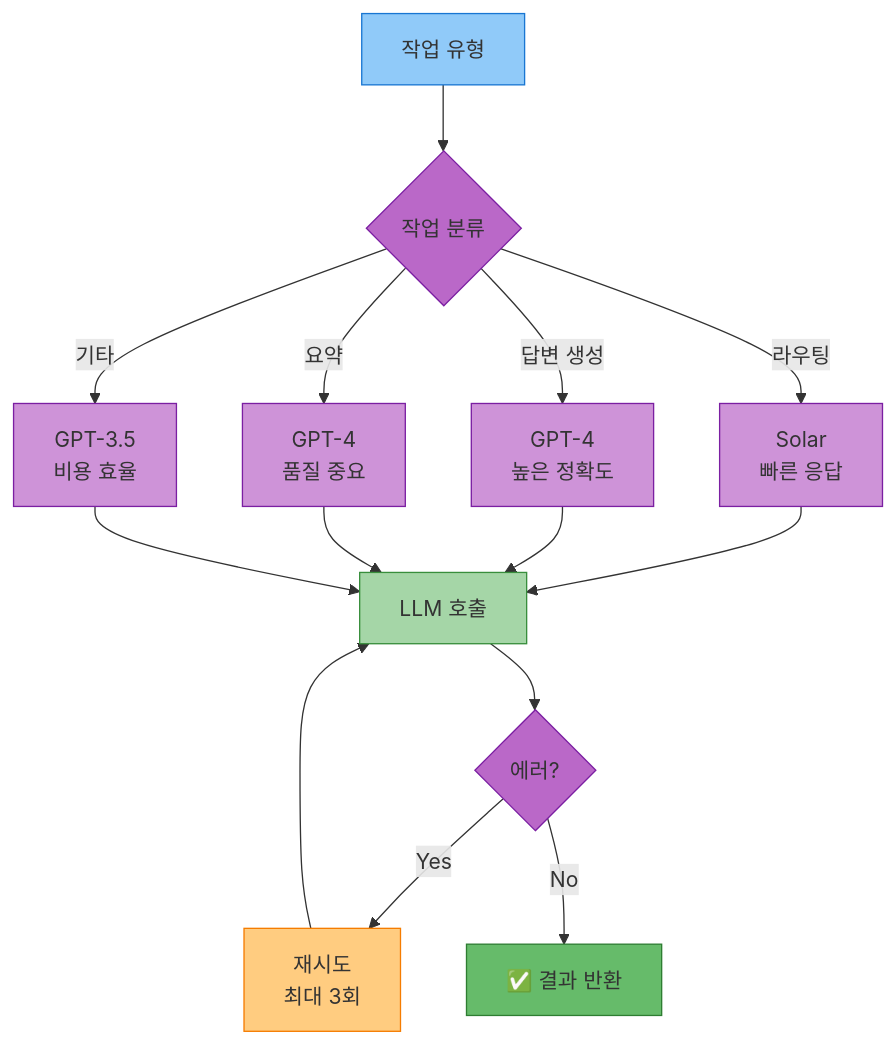
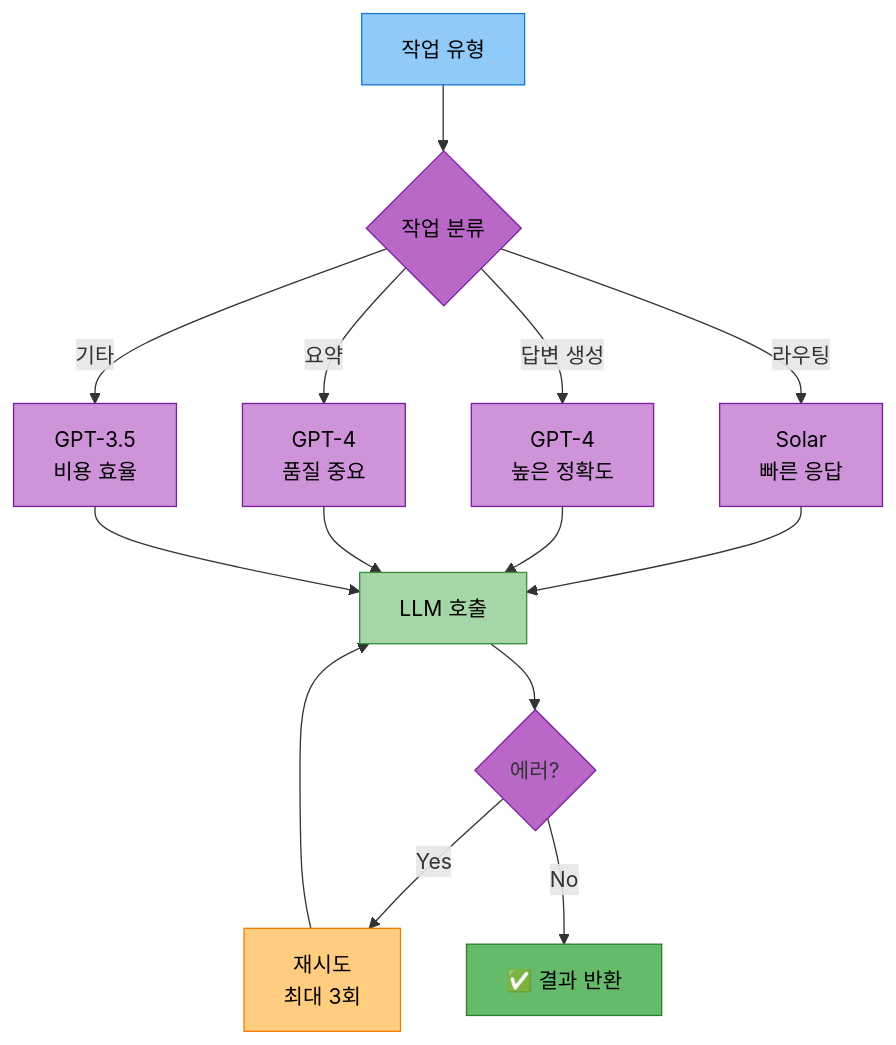
One commit to woghd8503/langchainproject-new-langchainproject_5 changed the second of 3 diagrams in docs/roles/담당역할_01_최현화_AI_Agent_메인.md. Above: the diagram before and after it, drawn with Mermaid. The commit also changed other lines of this file and 3 other files, not shown here.

First line of the commit message:
docs: 역할 문서의 mermaid 다이어그램 텍스트 색상을 검정으로 통일

````diff
--- a/docs/roles/담당역할_01_최현화_AI_Agent_메인.md
+++ b/docs/roles/담당역할_01_최현화_AI_Agent_메인.md
@@ -323,30 +339,30 @@
 ```mermaid
 graph TB
     A[작업 유형] --> B{작업 분류}
 
     B -->|라우팅| C[Solar<br/>빠른 응답]
     B -->|답변 생성| D[GPT-4<br/>높은 정확도]
     B -->|요약| E[GPT-4<br/>품질 중요]
     B -->|기타| F[GPT-3.5<br/>비용 효율]
 
     C --> G[LLM 호출]
     D --> G
     E --> G
     F --> G
 
     G --> H{에러?}
     H -->|Yes| I[재시도<br/>최대 3회]
     H -->|No| J[✅ 결과 반환]
     I --> G
 
-    style A fill:#90caf9,stroke:#1976d2
-    style B fill:#ba68c8,stroke:#7b1fa2
-    style C fill:#ce93d8,stroke:#7b1fa2
-    style D fill:#ce93d8,stroke:#7b1fa2
-    style E fill:#ce93d8,stroke:#7b1fa2
-    style F fill:#ce93d8,stroke:#7b1fa2
-    style G fill:#a5d6a7,stroke:#388e3c
+    style A fill:#90caf9,stroke:#1976d2,color:#000
+    style B fill:#ba68c8,stroke:#7b1fa2,color:#000
+    style C fill:#ce93d8,stroke:#7b1fa2,color:#000
+    style D fill:#ce93d8,stroke:#7b1fa2,color:#000
+    style E fill:#ce93d8,stroke:#7b1fa2,color:#000
+    style F fill:#ce93d8,stroke:#7b1fa2,color:#000
+    style G fill:#a5d6a7,stroke:#388e3c,color:#000
     style H fill:#ba68c8,stroke:#7b1fa2
-    style I fill:#ffcc80,stroke:#f57c00
-    style J fill:#66bb6a,stroke:#2e7d32
+    style I fill:#ffcc80,stroke:#f57c00,color:#000
+    style J fill:#66bb6a,stroke:#2e7d32,color:#000
 ```
````
